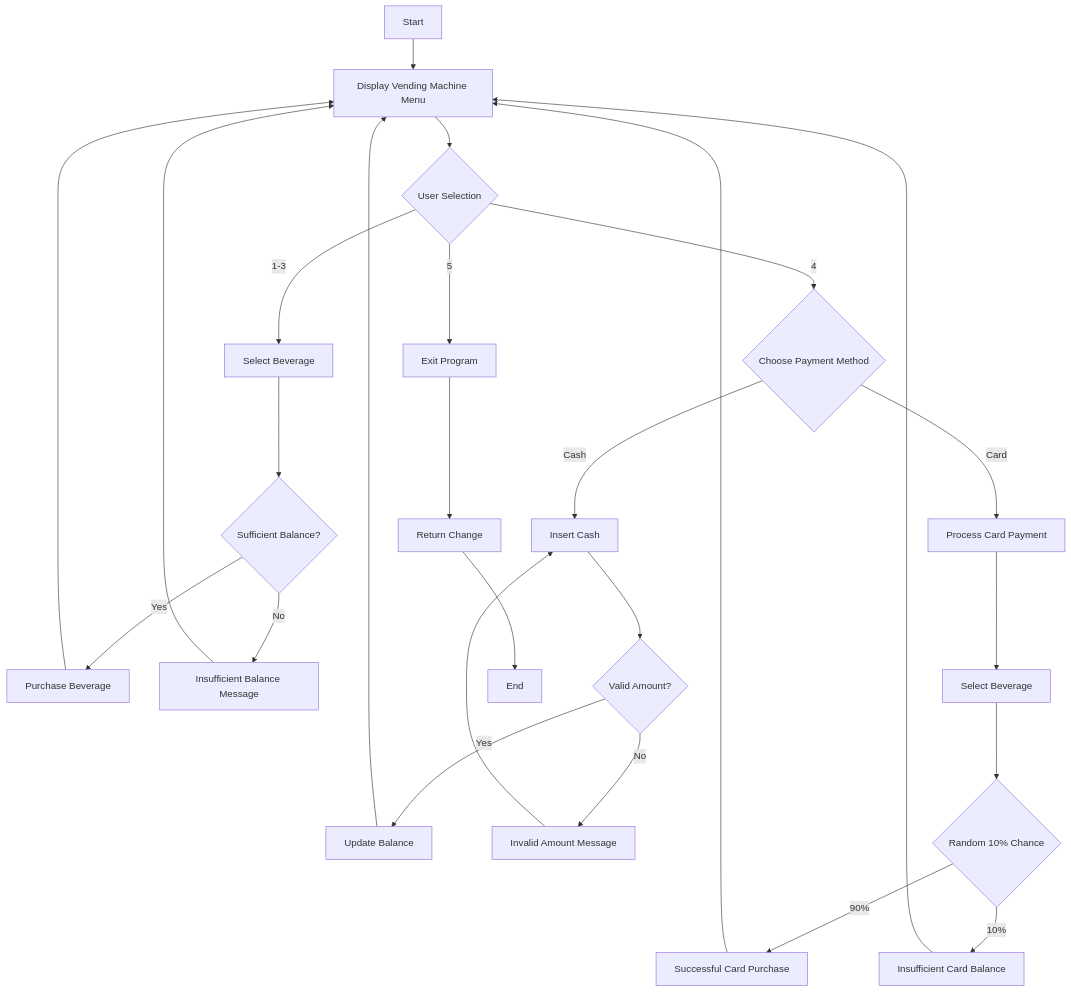
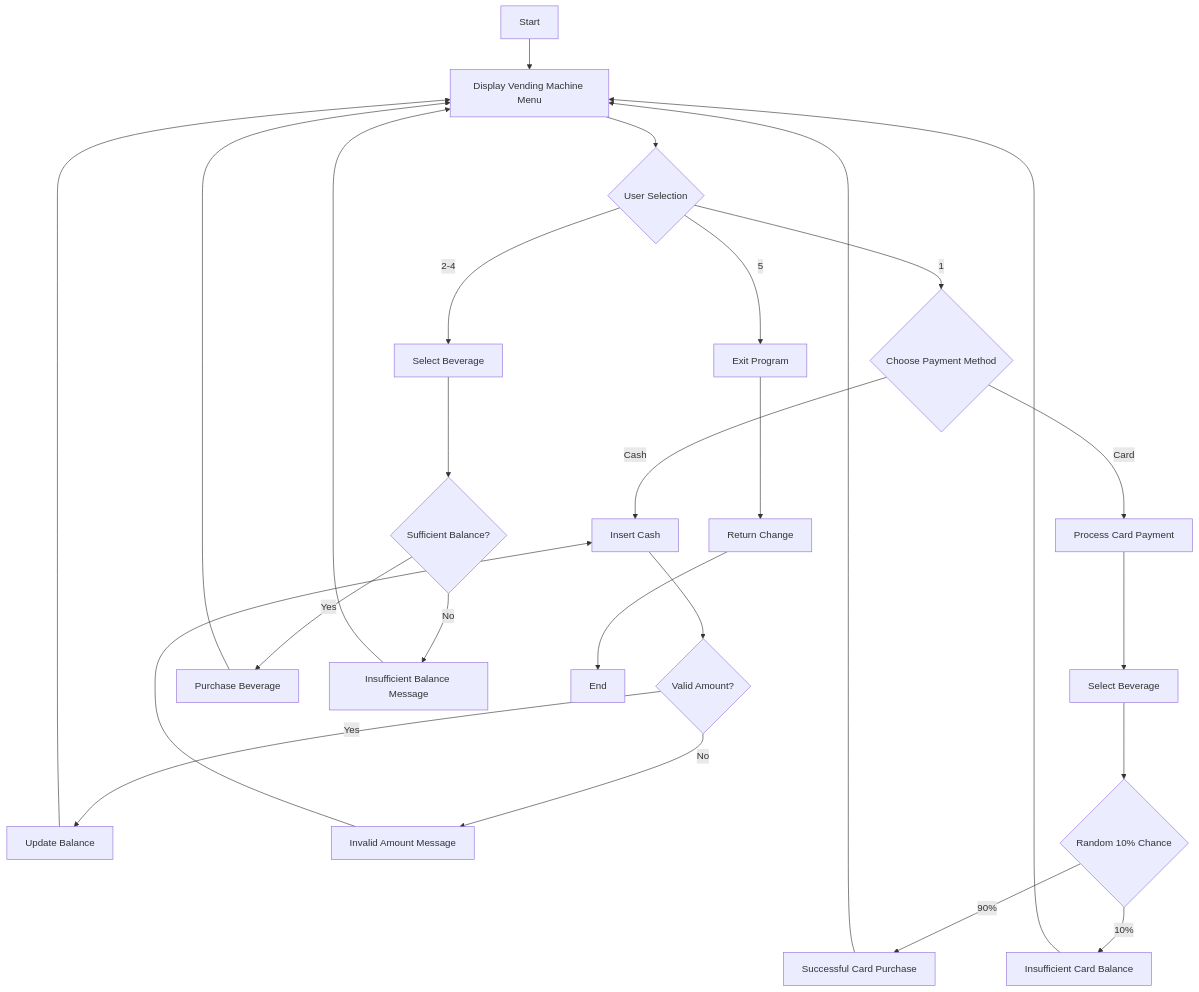
One commit to migurii2/jihoo-vending-machine changed the diagram in README.md. Above: the diagram before and after it, drawn with Mermaid.

Commit message:
Update diagram

````diff
--- a/README.md
+++ b/README.md
@@ -21,33 +21,33 @@
 ```mermaid
 graph TD
     A[Start] --> B[Display Vending Machine Menu]
     B --> C{User Selection}
-    C -->|1-3| D[Select Beverage]
-    C -->|4| E{Choose Payment Method}
+    C -->|1| D{Choose Payment Method}
+    C -->|2-4| E[Select Beverage]
     C -->|5| F[Exit Program]
     
-    D --> G{Sufficient Balance?}
-    G -->|Yes| H[Purchase Beverage]
-    G -->|No| I[Insufficient Balance Message]
-    H --> B
-    I --> B
+    D -->|Cash| G[Insert Cash]
+    D -->|Card| H[Process Card Payment]
     
-    E -->|Cash| J[Insert Cash]
-    E -->|Card| K[Process Card Payment]
+    G --> I{Valid Amount?}
+    I -->|Yes| J[Update Balance]
+    I -->|No| K[Invalid Amount Message]
+    J --> B
+    K --> G
     
-    J --> L{Valid Amount?}
-    L -->|Yes| M[Update Balance]
-    L -->|No| N[Invalid Amount Message]
-    M --> B
-    N --> J
+    H --> L[Select Beverage]
+    L --> M{Random 10% Chance}
+    M -->|90%| N[Successful Card Purchase]
+    M -->|10%| O[Insufficient Card Balance]
+    N --> B
+    O --> B
     
-    K --> O[Select Beverage]
-    O --> P{Random 10% Chance}
-    P -->|90%| Q[Successful Card Purchase]
-    P -->|10%| R[Insufficient Card Balance]
+    E --> P{Sufficient Balance?}
+    P -->|Yes| Q[Purchase Beverage]
+    P -->|No| R[Insufficient Balance Message]
     Q --> B
     R --> B
     
     F --> S[Return Change]
     S --> T[End]
 ```
````
